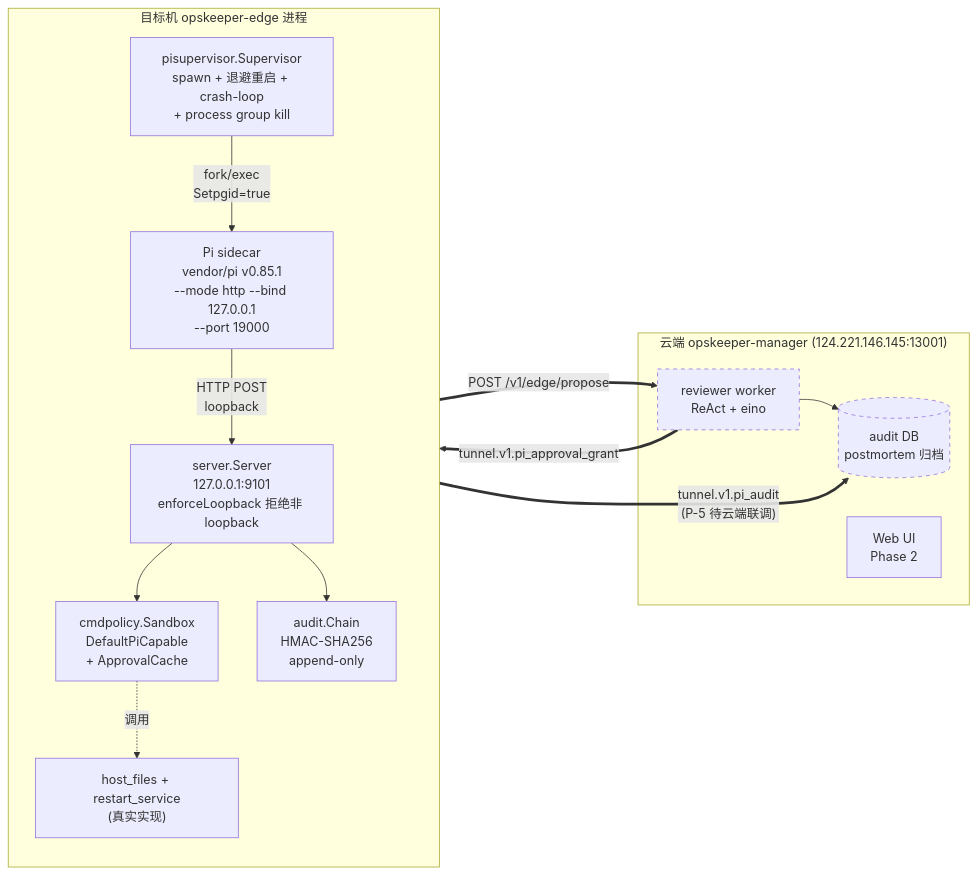
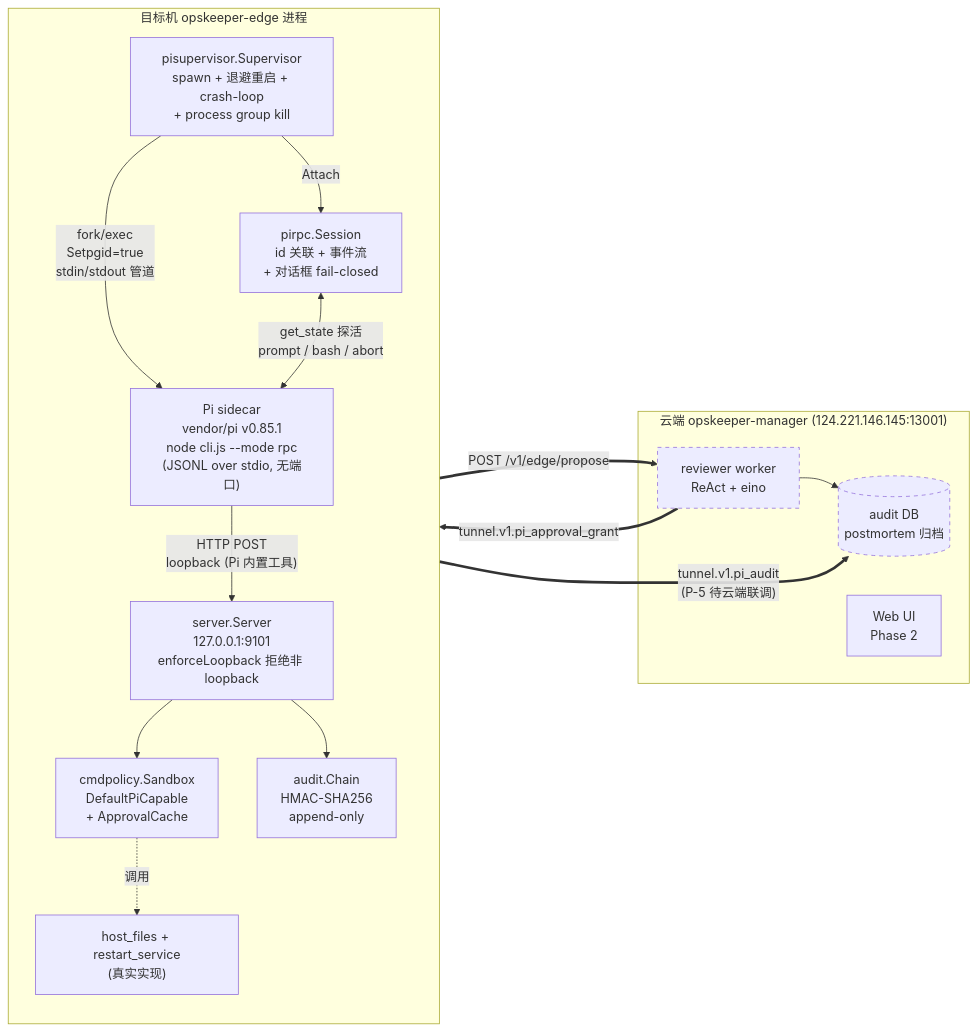
Before and after one commit to louloulin/opskeeper: the first of 15 diagrams in docs/architecture.md, drawn with Mermaid. The commit also changed other lines of this file and 24 other files, not shown here.

First line of the commit message:
feat(pi): replace the fictional HTTP mode with Pi's real RPC transport

````diff
--- a/docs/architecture.md
+++ b/docs/architecture.md
@@ -52,32 +58,35 @@
 ```mermaid
 flowchart LR
     subgraph Cloud["云端 opskeeper-manager (124.221.146.145:13001)"]
         C_Reviewer["reviewer worker<br/>ReAct + eino"]
         C_AuditStore[("audit DB<br/>postmortem 归档")]
         C_Web["Web UI<br/>Phase 2"]
         C_Reviewer --> C_AuditStore
     end
 
     subgraph Edge["目标机 opskeeper-edge 进程"]
         direction TB
         E_Sup["pisupervisor.Supervisor<br/>spawn + 退避重启 + crash-loop<br/>+ process group kill"]
-        E_Pi["Pi sidecar<br/>vendor/pi v0.85.1<br/>--mode http --bind 127.0.0.1<br/>--port 19000"]
+        E_Pi["Pi sidecar<br/>vendor/pi v0.85.1<br/>node cli.js --mode rpc<br/>(JSONL over stdio, 无端口)"]
+        E_RPC["pirpc.Session<br/>id 关联 + 事件流<br/>+ 对话框 fail-closed"]
         E_HTTP["server.Server<br/>127.0.0.1:9101<br/>enforceLoopback 拒绝非 loopback"]
         E_Cmd["cmdpolicy.Sandbox<br/>DefaultPiCapable<br/>+ ApprovalCache"]
         E_Audit["audit.Chain<br/>HMAC-SHA256<br/>append-only"]
         E_Tools["host_files + restart_service<br/>(真实实现)"]
 
-        E_Sup -- "fork/exec<br/>Setpgid=true" --> E_Pi
-        E_Pi -- "HTTP POST<br/>loopback" --> E_HTTP
+        E_Sup -- "fork/exec<br/>Setpgid=true<br/>stdin/stdout 管道" --> E_Pi
+        E_Sup -- "Attach" --> E_RPC
+        E_RPC <-- "get_state 探活<br/>prompt / bash / abort" --> E_Pi
+        E_Pi -- "HTTP POST<br/>loopback (Pi 内置工具)" --> E_HTTP
         E_HTTP --> E_Cmd
         E_HTTP --> E_Audit
         E_Cmd -. "调用" .-> E_Tools
     end
 
     E_Audit == "tunnel.v1.pi_audit<br/>(P-5 待云端联调)" ==> C_AuditStore
     E_HTTP == "POST /v1/edge/propose" ==> C_Reviewer
     C_Reviewer == "tunnel.v1.pi_approval_grant" ==> E_Cmd
 
     classDef blocked stroke-dasharray: 5 5
     class C_Reviewer,C_AuditStore blocked
 ```
````
